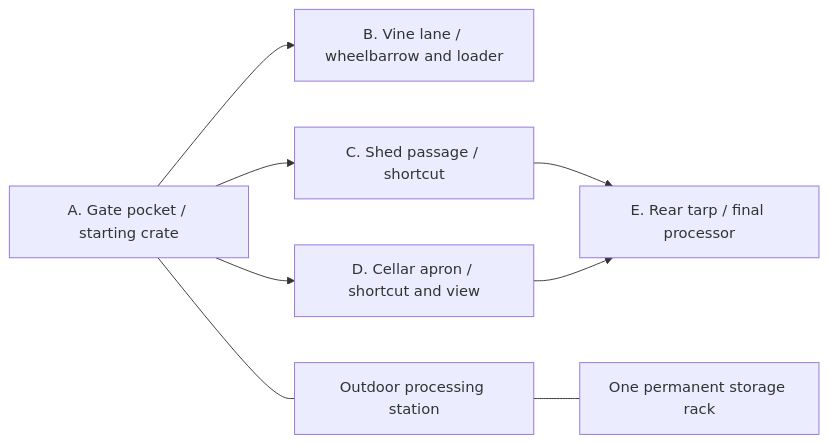
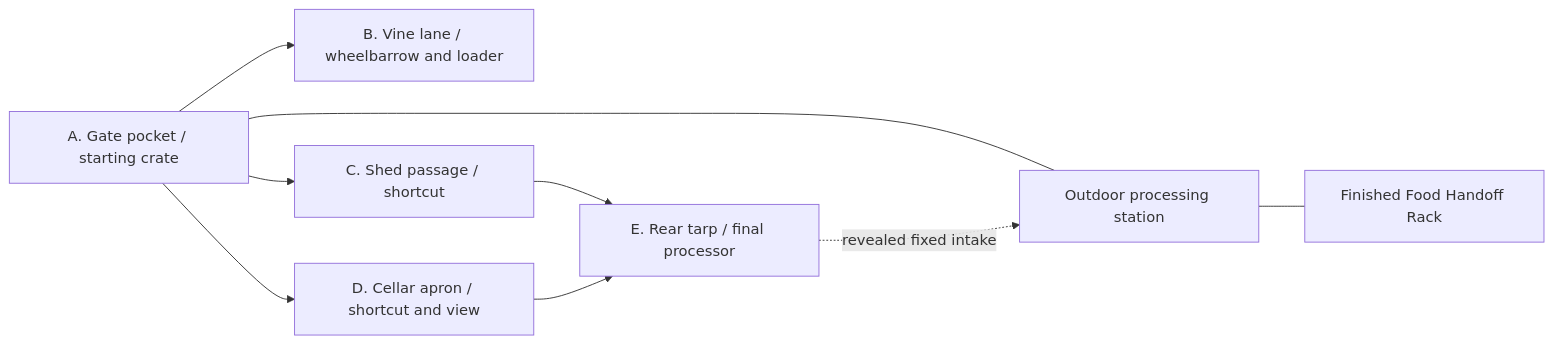
Before and after one commit to pavelbelyaev98/game-test: the diagram in games/just-a-few-peppers/docs/yard-and-progression.md, drawn with Mermaid. The commit also changed other lines of this file and 33 other files, not shown here.

````diff
--- a/games/just-a-few-peppers/docs/yard-and-progression.md
+++ b/games/just-a-few-peppers/docs/yard-and-progression.md
@@ -9,10 +9,11 @@
 ```mermaid
 flowchart LR
     A[A. Gate pocket / starting crate] --> B[B. Vine lane / wheelbarrow and loader]
     A --> C[C. Shed passage / shortcut]
     A --> D[D. Cellar apron / shortcut and view]
     C --> E[E. Rear tarp / final processor]
     D --> E
     A --- P[Outdoor processing station]
-    P --- R[One permanent storage rack]
+    P --- R[Finished Food Handoff Rack]
+    E -. revealed fixed intake .-> P
 ```
````
